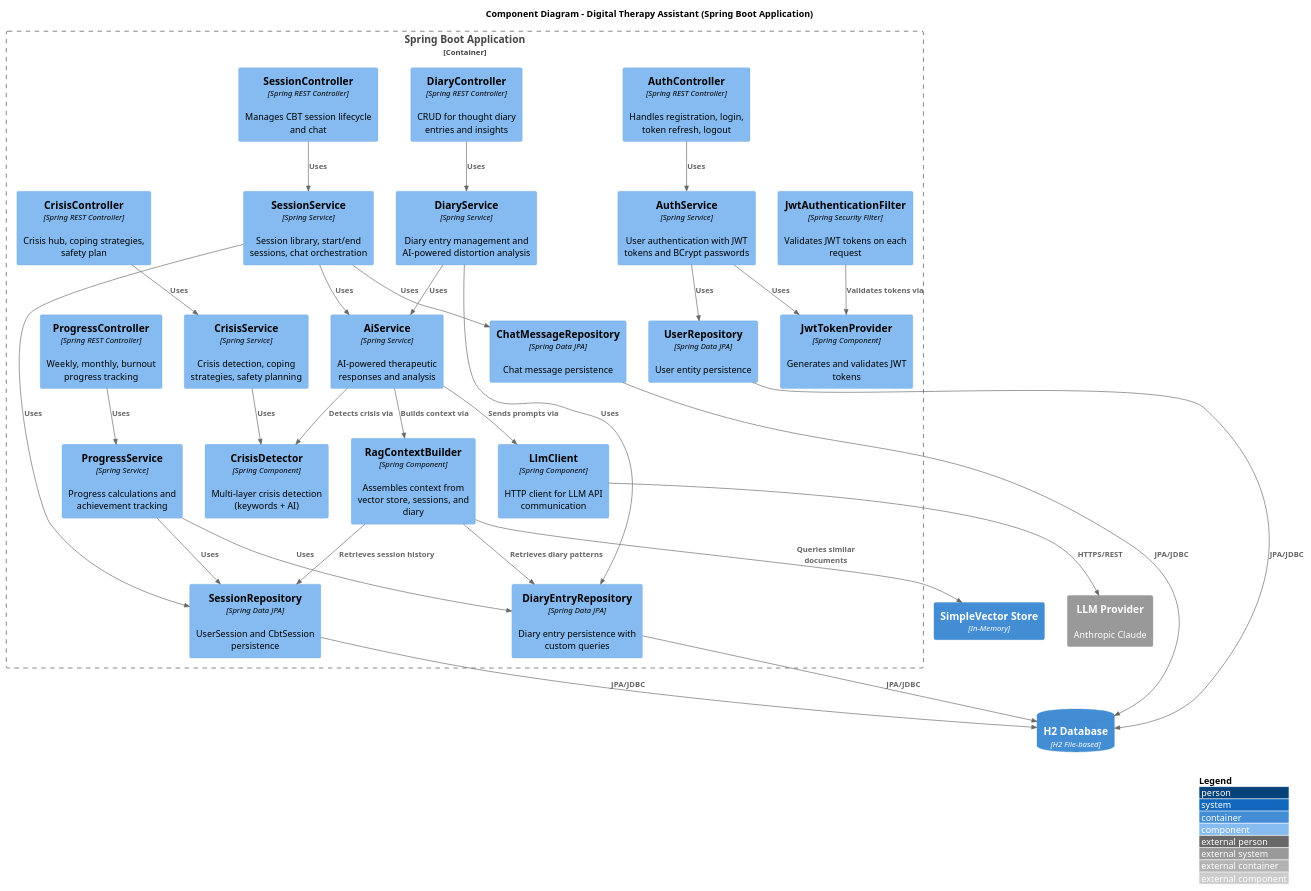
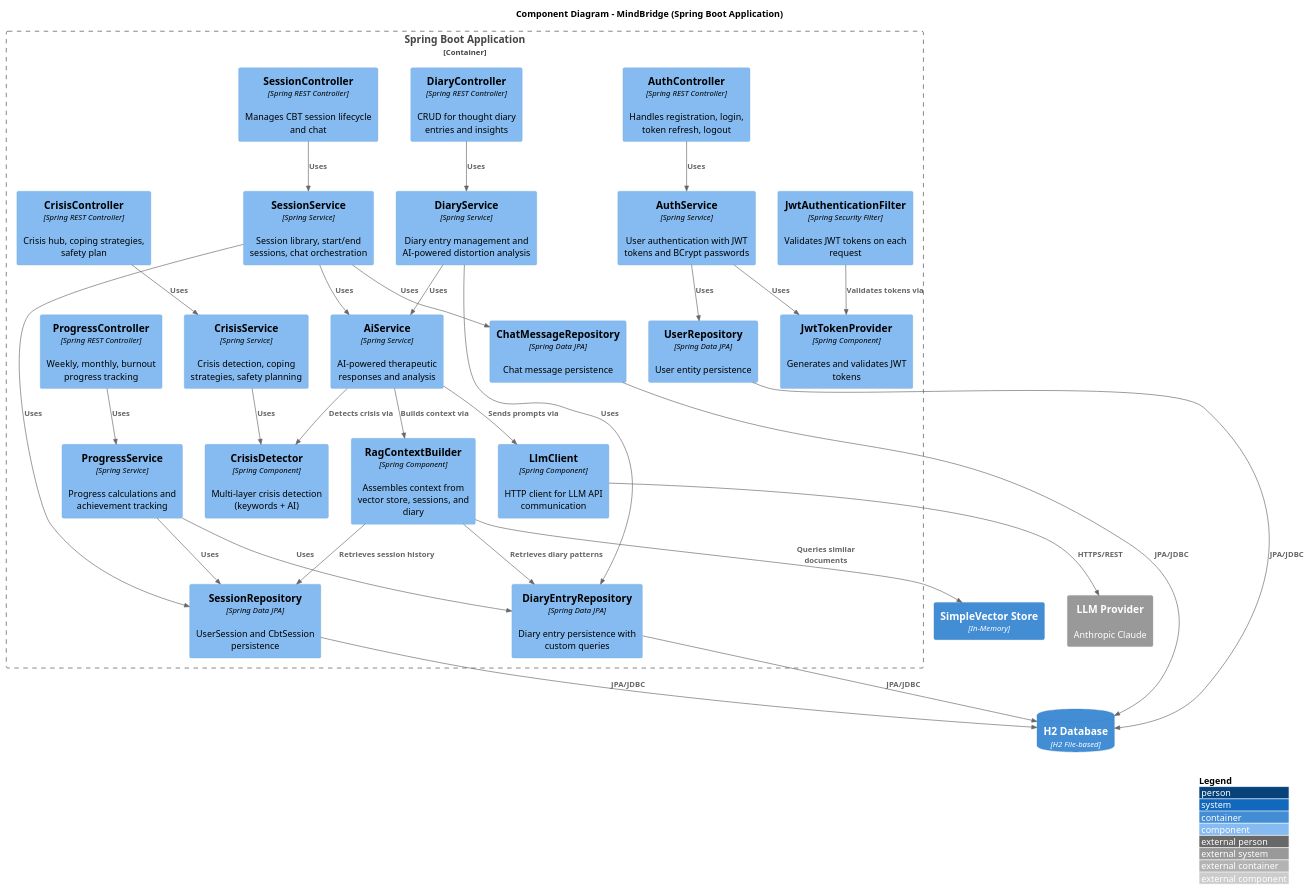
The diagram in docs/architecture/c4-component.puml (tlussier02/mindbridge), drawn with PlantUML before and after one commit. The commit also changed 30 other files, not shown here.

```diff
--- a/docs/architecture/c4-component.puml
+++ b/docs/architecture/c4-component.puml
@@ -1,72 +1,72 @@
 @startuml c4-component
 !include https://raw.githubusercontent.com/plantuml-stdlib/C4-PlantUML/master/C4_Component.puml
 
 LAYOUT_WITH_LEGEND()
 
-title Component Diagram - Digital Therapy Assistant (Spring Boot Application)
+title Component Diagram - MindBridge (Spring Boot Application)
 
 ContainerDb(h2db, "H2 Database", "H2 File-based")
 Container(vectorstore, "SimpleVector Store", "In-Memory")
 System_Ext(llm, "LLM Provider", "Anthropic Claude")
 
 Container_Boundary(app, "Spring Boot Application") {
 
     Component(authCtrl, "AuthController", "Spring REST Controller", "Handles registration, login, token refresh, logout")
     Component(sessionCtrl, "SessionController", "Spring REST Controller", "Manages CBT session lifecycle and chat")
     Component(diaryCtrl, "DiaryController", "Spring REST Controller", "CRUD for thought diary entries and insights")
     Component(progressCtrl, "ProgressController", "Spring REST Controller", "Weekly, monthly, burnout progress tracking")
     Component(crisisCtrl, "CrisisController", "Spring REST Controller", "Crisis hub, coping strategies, safety plan")
 
     Component(authSvc, "AuthService", "Spring Service", "User authentication with JWT tokens and BCrypt passwords")
     Component(sessionSvc, "SessionService", "Spring Service", "Session library, start/end sessions, chat orchestration")
     Component(diarySvc, "DiaryService", "Spring Service", "Diary entry management and AI-powered distortion analysis")
     Component(progressSvc, "ProgressService", "Spring Service", "Progress calculations and achievement tracking")
     Component(crisisSvc, "CrisisService", "Spring Service", "Crisis detection, coping strategies, safety planning")
     Component(aiSvc, "AiService", "Spring Service", "AI-powered therapeutic responses and analysis")
 
     Component(userRepo, "UserRepository", "Spring Data JPA", "User entity persistence")
     Component(sessionRepo, "SessionRepository", "Spring Data JPA", "UserSession and CbtSession persistence")
     Component(diaryRepo, "DiaryEntryRepository", "Spring Data JPA", "Diary entry persistence with custom queries")
     Component(chatRepo, "ChatMessageRepository", "Spring Data JPA", "Chat message persistence")
 
     Component(ragBuilder, "RagContextBuilder", "Spring Component", "Assembles context from vector store, sessions, and diary")
     Component(llmClient, "LlmClient", "Spring Component", "HTTP client for LLM API communication")
     Component(crisisDetector, "CrisisDetector", "Spring Component", "Multi-layer crisis detection (keywords + AI)")
 
     Component(jwtFilter, "JwtAuthenticationFilter", "Spring Security Filter", "Validates JWT tokens on each request")
     Component(jwtProvider, "JwtTokenProvider", "Spring Component", "Generates and validates JWT tokens")
 }
 
 Rel(authCtrl, authSvc, "Uses")
 Rel(sessionCtrl, sessionSvc, "Uses")
 Rel(diaryCtrl, diarySvc, "Uses")
 Rel(progressCtrl, progressSvc, "Uses")
 Rel(crisisCtrl, crisisSvc, "Uses")
 
 Rel(authSvc, userRepo, "Uses")
 Rel(authSvc, jwtProvider, "Uses")
 Rel(sessionSvc, sessionRepo, "Uses")
 Rel(sessionSvc, aiSvc, "Uses")
 Rel(sessionSvc, chatRepo, "Uses")
 Rel(diarySvc, diaryRepo, "Uses")
 Rel(diarySvc, aiSvc, "Uses")
 Rel(progressSvc, sessionRepo, "Uses")
 Rel(progressSvc, diaryRepo, "Uses")
 Rel(crisisSvc, crisisDetector, "Uses")
 
 Rel(aiSvc, ragBuilder, "Builds context via")
 Rel(aiSvc, llmClient, "Sends prompts via")
 Rel(aiSvc, crisisDetector, "Detects crisis via")
 Rel(ragBuilder, vectorstore, "Queries similar documents")
 Rel(ragBuilder, sessionRepo, "Retrieves session history")
 Rel(ragBuilder, diaryRepo, "Retrieves diary patterns")
 
 Rel(llmClient, llm, "HTTPS/REST")
 Rel(userRepo, h2db, "JPA/JDBC")
 Rel(sessionRepo, h2db, "JPA/JDBC")
 Rel(diaryRepo, h2db, "JPA/JDBC")
 Rel(chatRepo, h2db, "JPA/JDBC")
 
 Rel(jwtFilter, jwtProvider, "Validates tokens via")
 
 @enduml
```
